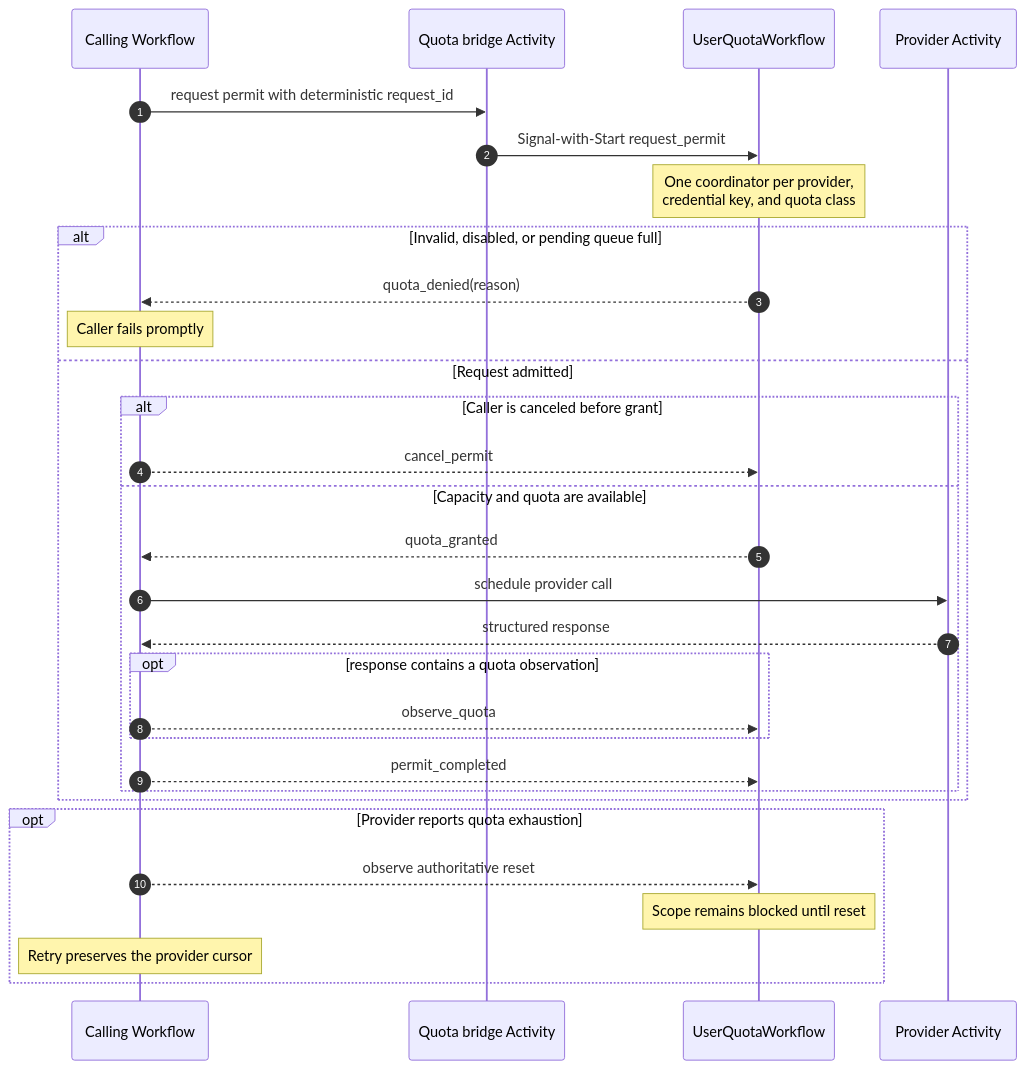
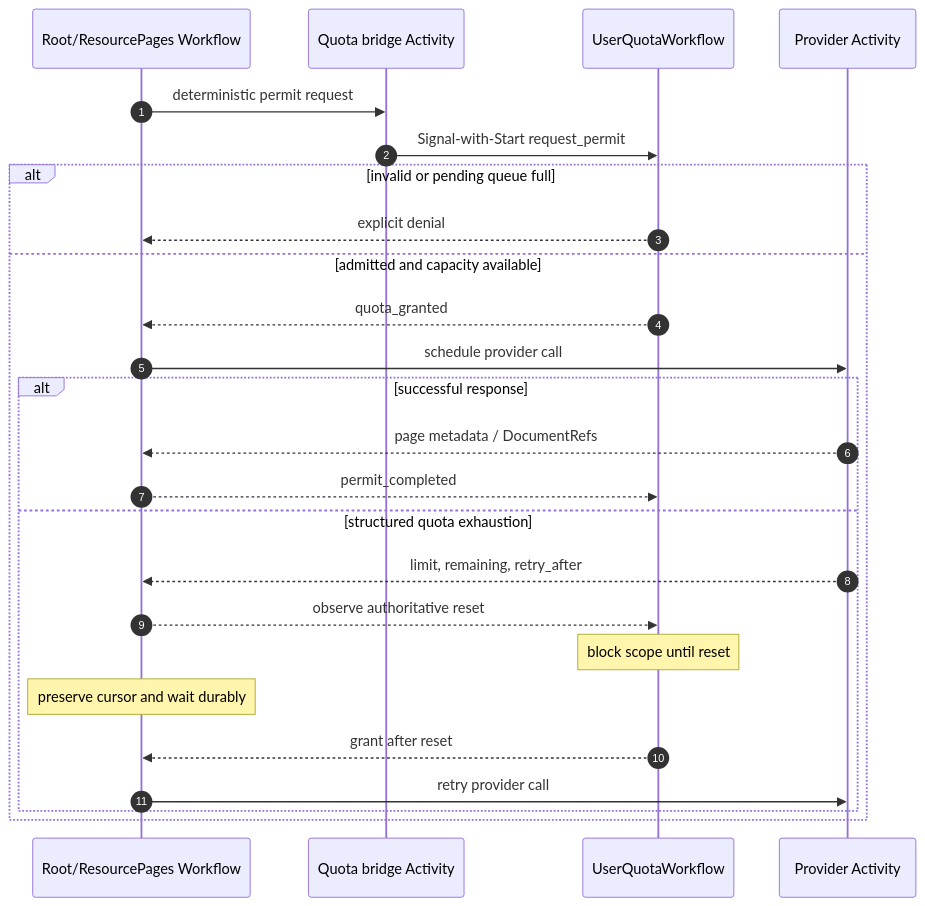
One commit to temporal-sa/golden-retriever changed the fourth of 6 diagrams in docs/workflow-topology.md. Above: the diagram before and after it, drawn with Mermaid. The commit also changed other lines of this file and 106 other files, not shown here.

````diff
--- a/docs/workflow-topology.md
+++ b/docs/workflow-topology.md
@@ -161,33 +165,28 @@
 ```mermaid
 sequenceDiagram
     autonumber
-    participant W as Calling Workflow
+    participant W as Root/ResourcePages Workflow
     participant B as Quota bridge Activity
     participant Q as UserQuotaWorkflow
     participant P as Provider Activity
 
-    W->>B: request permit with deterministic request_id
+    W->>B: deterministic permit request
     B->>Q: Signal-with-Start request_permit
-    Note over Q: One coordinator per provider,<br/>credential key, and quota class
-    alt Invalid, disabled, or pending queue full
-        Q-->>W: quota_denied(reason)
-        Note over W: Caller fails promptly
-    else Request admitted
-        alt Caller is canceled before grant
-            W-->>Q: cancel_permit
-        else Capacity and quota are available
-            Q-->>W: quota_granted
-            W->>P: schedule provider call
-            P-->>W: structured response
-            opt response contains a quota observation
-                W-->>Q: observe_quota
-            end
+    alt invalid or pending queue full
+        Q-->>W: explicit denial
+    else admitted and capacity available
+        Q-->>W: quota_granted
+        W->>P: schedule provider call
+        alt successful response
+            P-->>W: page metadata / DocumentRefs
             W-->>Q: permit_completed
+        else structured quota exhaustion
+            P-->>W: limit, remaining, retry_after
+            W-->>Q: observe authoritative reset
+            Note over Q: block scope until reset
+            Note over W: preserve cursor and wait durably
+            Q-->>W: grant after reset
+            W->>P: retry provider call
         end
     end
-    opt Provider reports quota exhaustion
-        W-->>Q: observe authoritative reset
-        Note over Q: Scope remains blocked until reset
-        Note over W: Retry preserves the provider cursor
-    end
 ```
````
